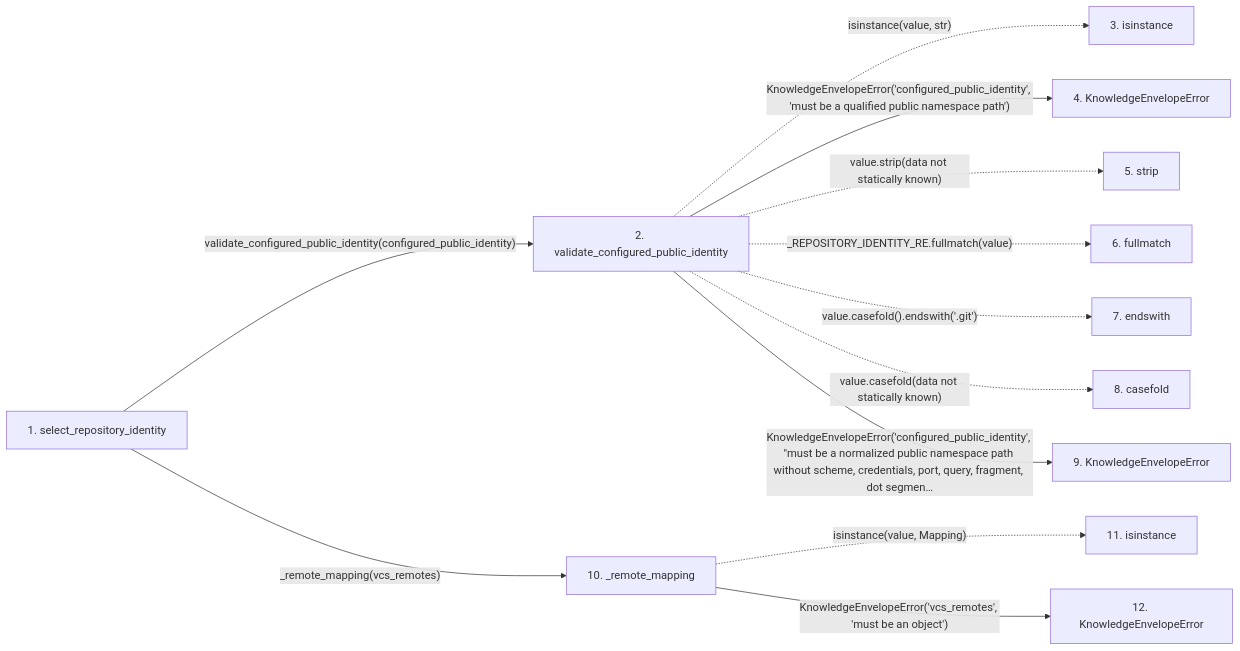
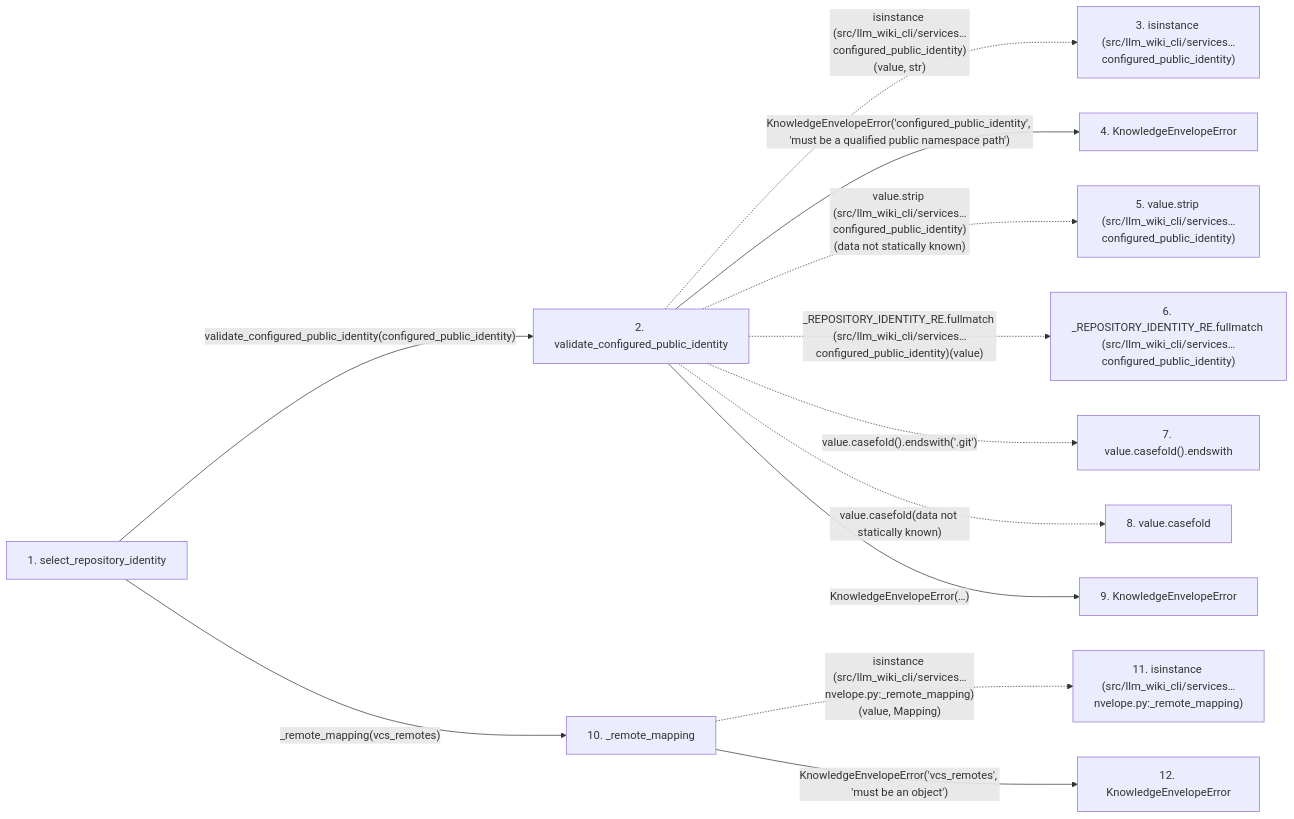
The second of 2 diagrams in docs/llm_wiki/flows/api-select_repository_identity.md (Denissvgn/python-wiki-llm), drawn with Mermaid before and after one commit. The commit also changed other lines of this file and 719 other files, not shown here.

````diff
--- a/docs/llm_wiki/flows/api-select_repository_identity.md
+++ b/docs/llm_wiki/flows/api-select_repository_identity.md
@@ -70,32 +74,32 @@
 ```mermaid
 flowchart LR
     s1["1. select_repository_identity"]
     s2["2. validate_configured_public_identity"]
-    s3["3. isinstance"]
+    s3["3. isinstance (src/llm_wiki_cli/services…configured_public_identity)"]
     s4["4. KnowledgeEnvelopeError"]
-    s5["5. strip"]
-    s6["6. fullmatch"]
-    s7["7. endswith"]
-    s8["8. casefold"]
+    s5["5. value.strip (src/llm_wiki_cli/services…configured_public_identity)"]
+    s6["6. _REPOSITORY_IDENTITY_RE.fullmatch (src/llm_wiki_cli/services…configured_public_identity)"]
+    s7["7. value.casefold().endswith"]
+    s8["8. value.casefold"]
     s9["9. KnowledgeEnvelopeError"]
     s10["10. _remote_mapping"]
-    s11["11. isinstance"]
+    s11["11. isinstance (src/llm_wiki_cli/services…nvelope.py:_remote_mapping)"]
     s12["12. KnowledgeEnvelopeError"]
     s1 -->|"validate_configured_public_identity(configured_public_identity)"| s2
-    s2 -. "isinstance(value, str)" .-> s3
+    s2 -. "isinstance (src/llm_wiki_cli/services…configured_public_identity)(value, str)" .-> s3
     s2 -->|"KnowledgeEnvelopeError('configured_public_identity', 'must be a qualified public namespace path')"| s4
-    s2 -. "value.strip(data not statically known)" .-> s5
-    s2 -. "_REPOSITORY_IDENTITY_RE.fullmatch(value)" .-> s6
+    s2 -. "value.strip (src/llm_wiki_cli/services…configured_public_identity)(data not statically known)" .-> s5
+    s2 -. "_REPOSITORY_IDENTITY_RE.fullmatch (src/llm_wiki_cli/services…configured_public_identity)(value)" .-> s6
     s2 -. "value.casefold().endswith('.git')" .-> s7
     s2 -. "value.casefold(data not statically known)" .-> s8
-    s2 -->|"KnowledgeEnvelopeError('configured_public_identity', #34;must be a normalized public namespace path without scheme, credentials, port, query, fragment, dot segmen…"| s9
+    s2 -->|"KnowledgeEnvelopeError(…)"| s9
     s1 -->|"_remote_mapping(vcs_remotes)"| s10
-    s10 -. "isinstance(value, Mapping)" .-> s11
+    s10 -. "isinstance (src/llm_wiki_cli/services…nvelope.py:_remote_mapping)(value, Mapping)" .-> s11
     s10 -->|"KnowledgeEnvelopeError('vcs_remotes', 'must be an object')"| s12
     click s1 "../modules/knowledge_envelope.md"
     click s2 "../modules/knowledge_envelope.md"
     click s4 "../modules/knowledge_envelope.md"
     click s9 "../modules/knowledge_envelope.md"
     click s10 "../modules/knowledge_envelope.md"
     click s12 "../modules/knowledge_envelope.md"
 ```
````
